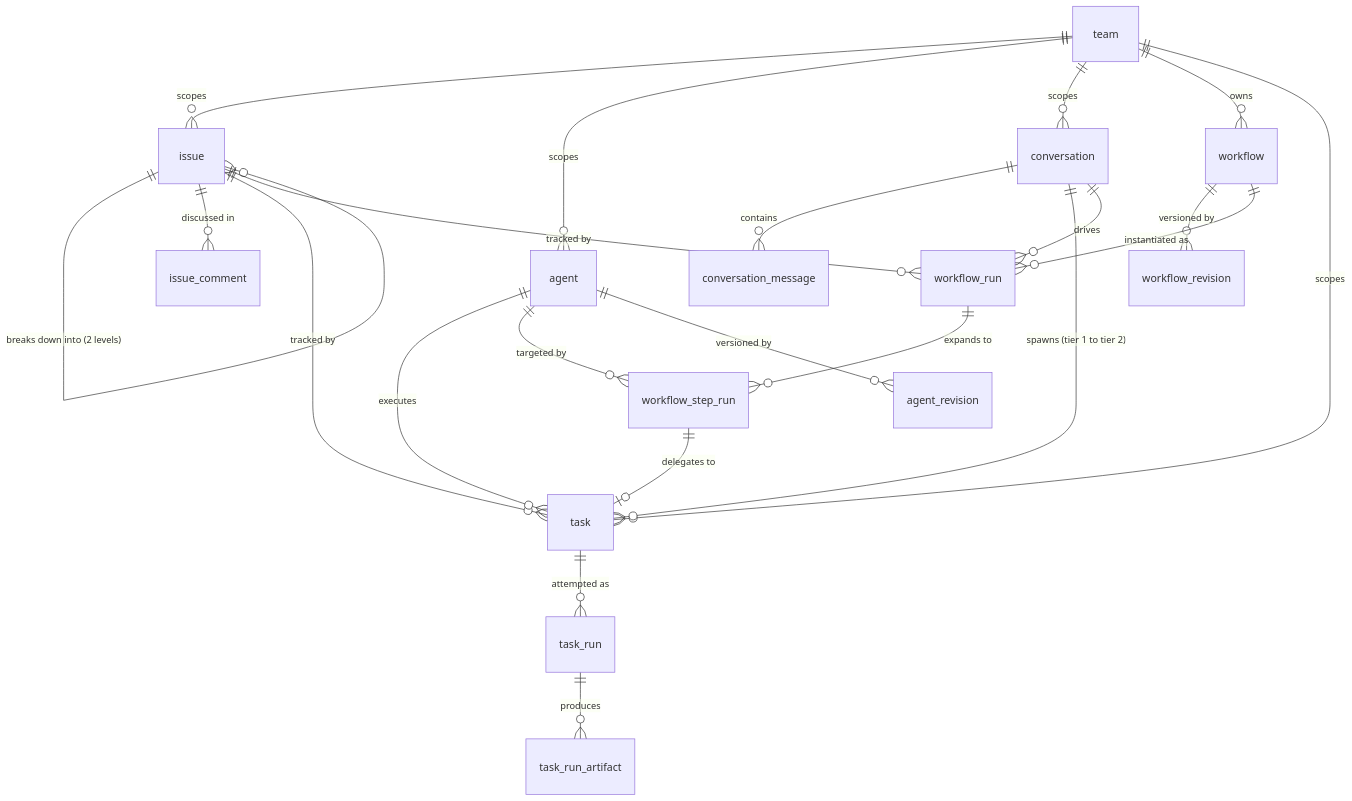
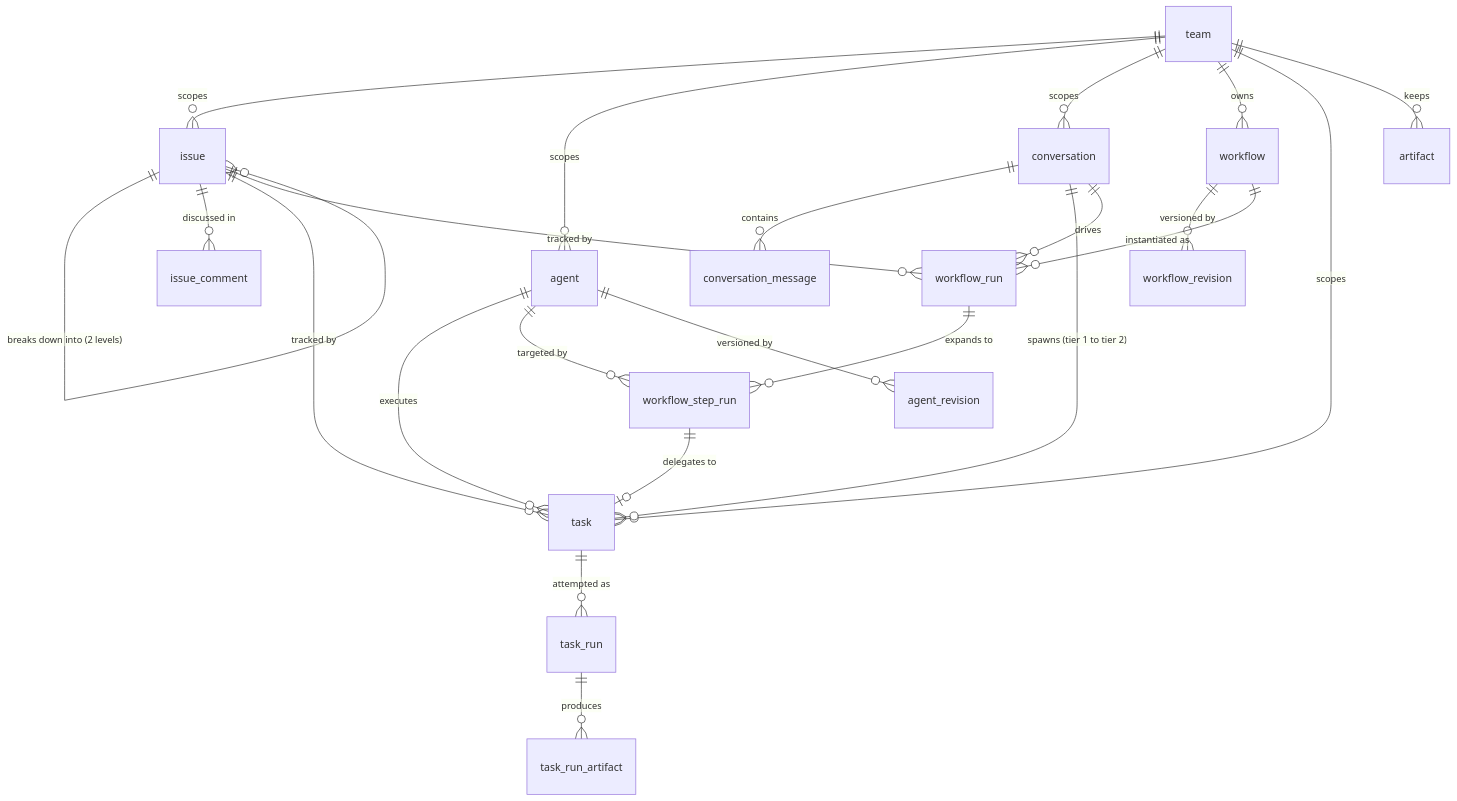
Before and after one commit to gougoujiang/buildmax: the first of 2 diagrams in docs/contribute/architecture/data-model.md, drawn with Mermaid. The commit also changed other lines of this file and 96 other files, not shown here.

````diff
--- a/docs/contribute/architecture/data-model.md
+++ b/docs/contribute/architecture/data-model.md
@@ -70,29 +70,31 @@
 ```mermaid
 erDiagram
     team ||--o{ issue : scopes
     team ||--o{ agent : scopes
     team ||--o{ conversation : scopes
     team ||--o{ workflow : owns
     team ||--o{ task : scopes
 
     conversation ||--o{ conversation_message : contains
     conversation ||--o{ task : "spawns (tier 1 to tier 2)"
     conversation ||--o{ workflow_run : drives
 
     issue ||--o{ issue : "breaks down into (2 levels)"
     issue ||--o{ issue_comment : "discussed in"
     issue ||--o{ task : "tracked by"
     issue ||--o{ workflow_run : "tracked by"
 
     agent ||--o{ task : executes
     agent ||--o{ workflow_step_run : "targeted by"
     agent ||--o{ agent_revision : "versioned by"
     workflow ||--o{ workflow_revision : "versioned by"
 
     task ||--o{ task_run : "attempted as"
     task_run ||--o{ task_run_artifact : produces
 
+    team ||--o{ artifact : keeps
+
     workflow ||--o{ workflow_run : "instantiated as"
     workflow_run ||--o{ workflow_step_run : "expands to"
     workflow_step_run ||--o| task : "delegates to"
 ```
````
